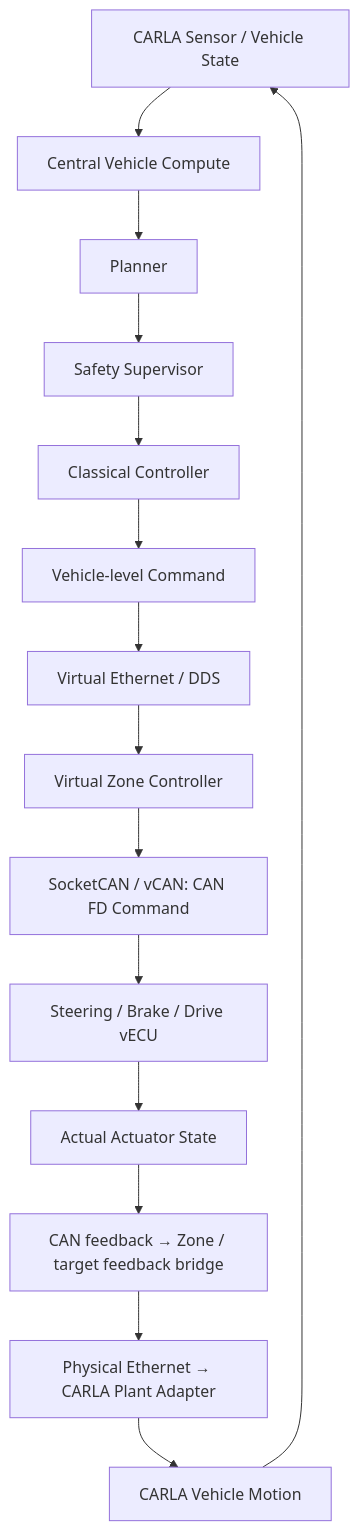
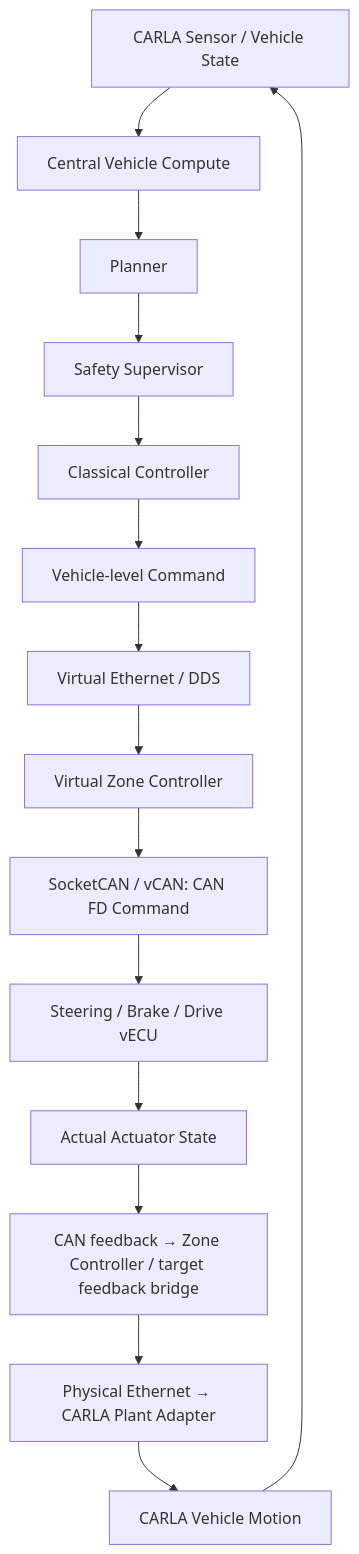
The diagram in docs/architecture/system_architecture.md (shinjuyeop/StrataDrive), drawn with Mermaid before and after one commit. The commit also changed other lines of this file and 21 other files, not shown here.

````diff
--- a/docs/architecture/system_architecture.md
+++ b/docs/architecture/system_architecture.md
@@ -22,17 +22,17 @@
 ```mermaid
 flowchart TB
   SENSOR[CARLA Sensor / Vehicle State] --> CENTRAL[Central Vehicle Compute]
   CENTRAL --> PLAN[Planner]
   PLAN --> SAFE[Safety Supervisor]
   SAFE --> CTRL[Classical Controller]
   CTRL --> CMD[Vehicle-level Command]
   CMD --> ETH[Virtual Ethernet / DDS]
   ETH --> ZONE[Virtual Zone Controller]
   ZONE --> CAN[SocketCAN / vCAN: CAN FD Command]
   CAN --> ECU[Steering / Brake / Drive vECU]
   ECU --> ACT[Actual Actuator State]
-  ACT --> BRIDGE[CAN feedback → Zone / target feedback bridge]
+  ACT --> BRIDGE[CAN feedback → Zone Controller / target feedback bridge]
   BRIDGE --> ADAPTER[Physical Ethernet → CARLA Plant Adapter]
   ADAPTER --> MOTION[CARLA Vehicle Motion]
   MOTION --> SENSOR
 ```
````
